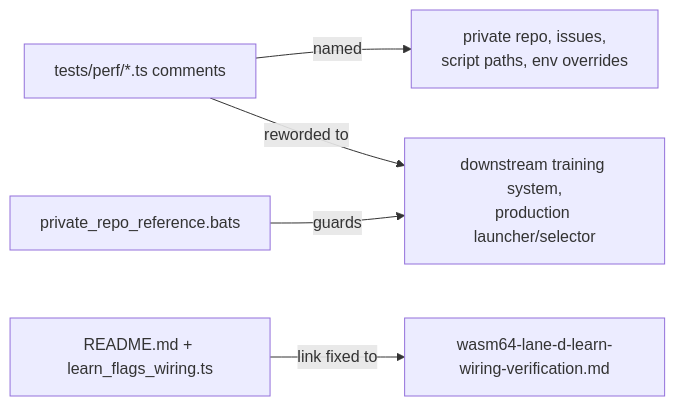
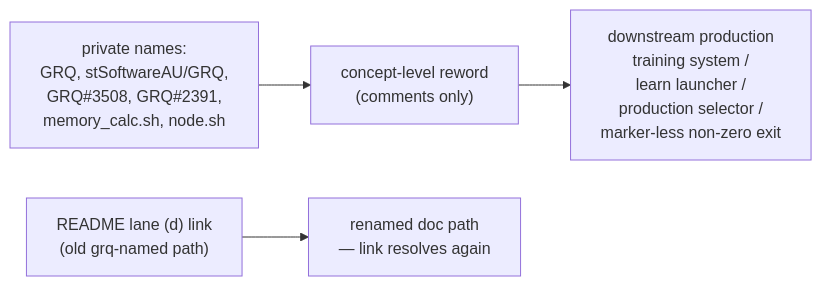
The diagram in docs/archive/pr-summaries/pr-summary-375.md (stSoftwareAU/NEAT-AI-core), drawn with Mermaid before and after one commit. The commit also changed other lines of this file, not shown here.

````diff
--- a/docs/archive/pr-summaries/pr-summary-375.md
+++ b/docs/archive/pr-summaries/pr-summary-375.md
@@ -62,7 +43,6 @@
 ```mermaid
 flowchart LR
-    A["tests/perf/*.ts comments"] -->|named| B["private repo, issues,<br/>script paths, env overrides"]
-    A -->|reworded to| C["downstream training system,<br/>production launcher/selector"]
-    D["private_repo_reference.bats"] -->|guards| C
-    E["README.md + learn_flags_wiring.ts"] -->|link fixed to| F["wasm64-lane-d-learn-wiring-verification.md"]
+    A["private names:<br/>GRQ, stSoftwareAU/GRQ,<br/>GRQ#3508, GRQ#2391,<br/>memory_calc.sh, node.sh"] --> B["concept-level reword<br/>(comments only)"]
+    B --> C["downstream production<br/>training system /<br/>learn launcher /<br/>production selector /<br/>marker-less non-zero exit"]
+    D["README lane (d) link<br/>(old grq-named path)"] --> E["renamed doc path<br/>— link resolves again"]
 ```
````
